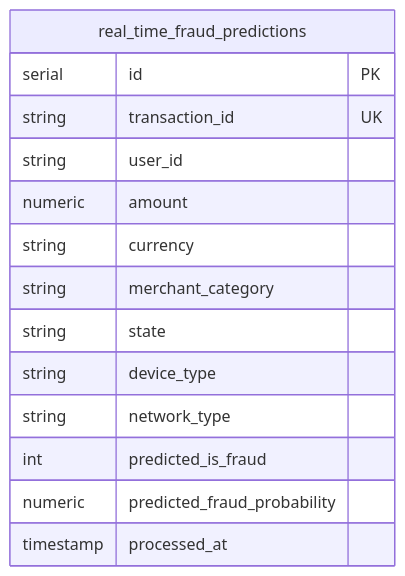
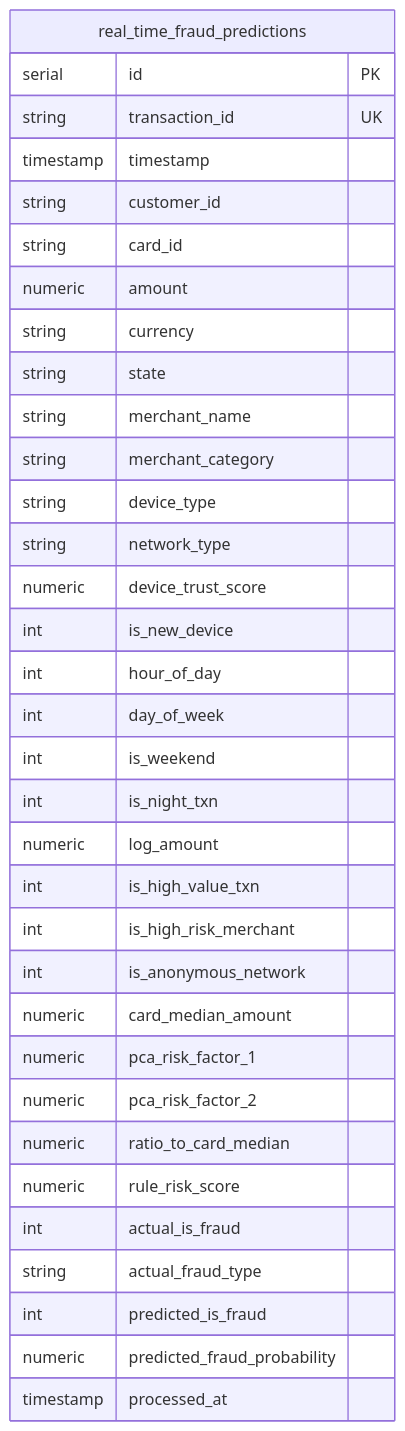
Before and after one commit to nihatrza/kafka-fraud-detection: the third of 3 diagrams in README.md, drawn with Mermaid. The commit also changed other lines of this file, not shown here.

````diff
--- a/README.md
+++ b/README.md
@@ -168,17 +167,37 @@
 ```mermaid
 erDiagram
     real_time_fraud_predictions {
         serial id PK
         string transaction_id UK
-        string user_id
+        timestamp timestamp
+        string customer_id
+        string card_id
         numeric amount
         string currency
+        string state
+        string merchant_name
         string merchant_category
-        string state
         string device_type
         string network_type
+        numeric device_trust_score
+        int is_new_device
+        int hour_of_day
+        int day_of_week
+        int is_weekend
+        int is_night_txn
+        numeric log_amount
+        int is_high_value_txn
+        int is_high_risk_merchant
+        int is_anonymous_network
+        numeric card_median_amount
+        numeric pca_risk_factor_1
+        numeric pca_risk_factor_2
+        numeric ratio_to_card_median
+        numeric rule_risk_score
+        int actual_is_fraud
+        string actual_fraud_type
         int predicted_is_fraud
         numeric predicted_fraud_probability
         timestamp processed_at
     }
 ```
````
